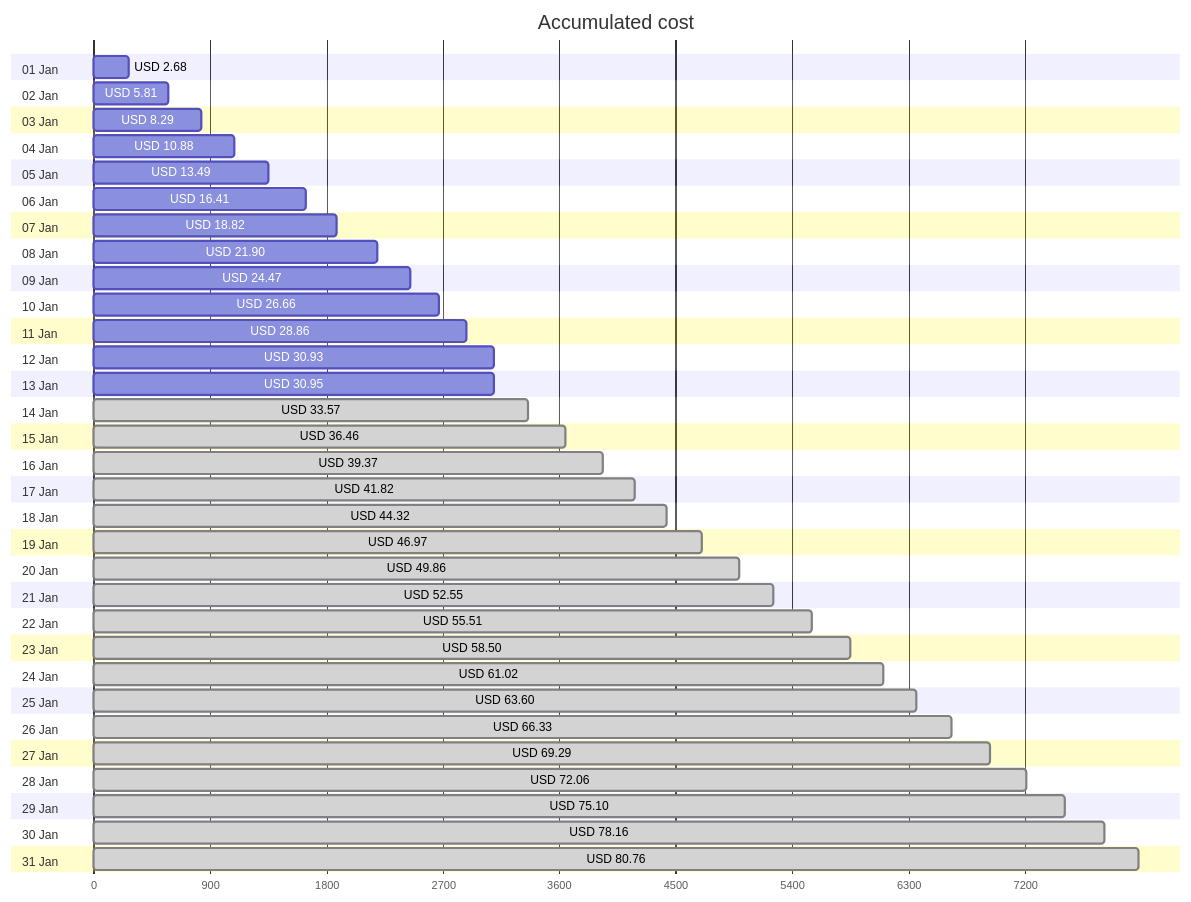
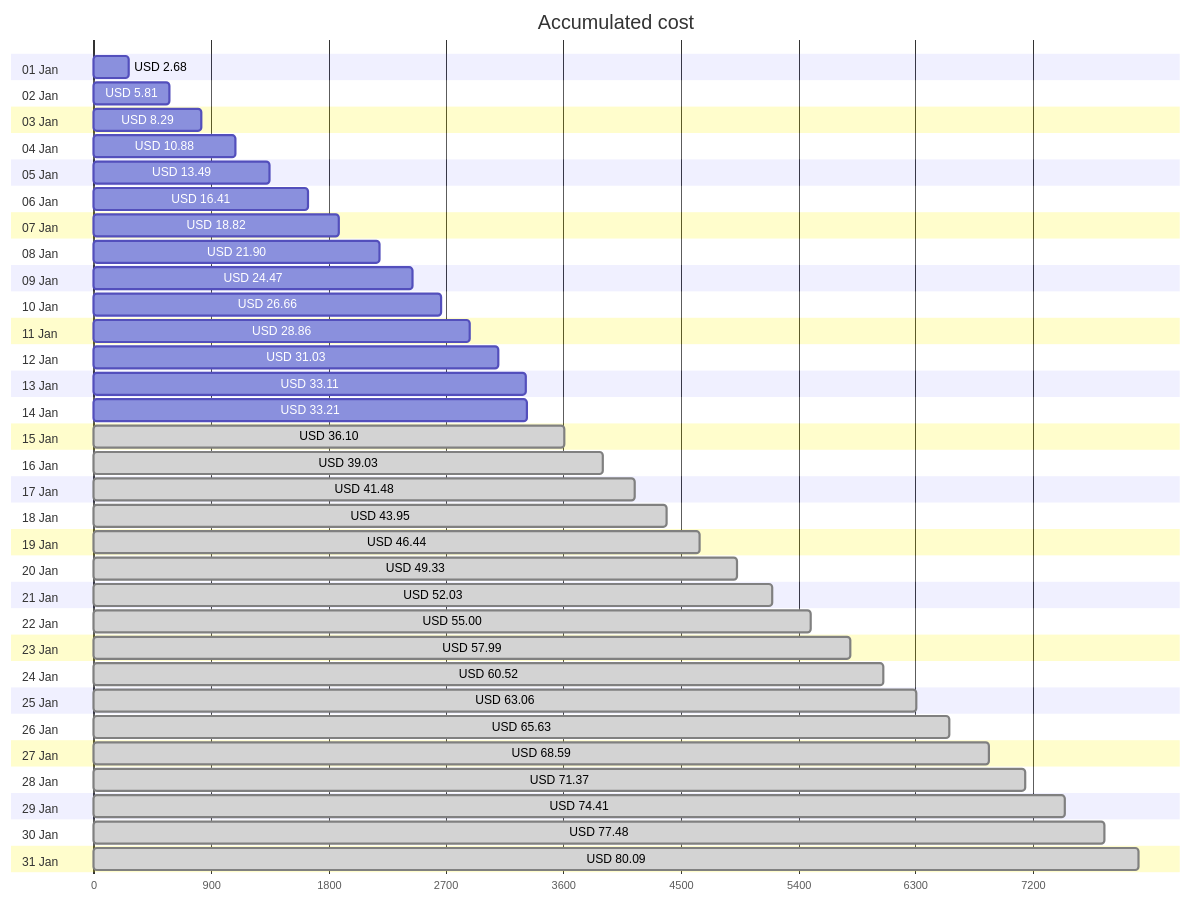
Before and after one commit to jpfulton/azure-personal-reports: the first of 4 diagrams in cost-reports/accumulated-cost.md, drawn with Mermaid. The commit also changed other lines of this file and 4 other files, not shown here.

````diff
--- a/cost-reports/accumulated-cost.md
+++ b/cost-reports/accumulated-cost.md
@@ -20,68 +20,68 @@
 ```mermaid
 gantt
    title Accumulated cost
    dateFormat  X
    axisFormat %s
    section 01 Jan
    USD 2.68 :0, 268
    section 02 Jan
    USD 5.81 :0, 581
    section 03 Jan
    USD 8.29 :0, 829
    section 04 Jan
    USD 10.88 :0, 1088
    section 05 Jan
    USD 13.49 :0, 1349
    section 06 Jan
    USD 16.41 :0, 1641
    section 07 Jan
    USD 18.82 :0, 1882
    section 08 Jan
    USD 21.90 :0, 2190
    section 09 Jan
    USD 24.47 :0, 2447
    section 10 Jan
    USD 26.66 :0, 2666
    section 11 Jan
    USD 28.86 :0, 2886
    section 12 Jan
-   USD 30.93 :0, 3093
+   USD 31.03 :0, 3103
    section 13 Jan
-   USD 30.95 :0, 3095
+   USD 33.11 :0, 3311
    section 14 Jan
-   USD 33.57 : done, 0, 3357
+   USD 33.21 :0, 3321
    section 15 Jan
-   USD 36.46 : done, 0, 3646
+   USD 36.10 : done, 0, 3610
    section 16 Jan
-   USD 39.37 : done, 0, 3937
+   USD 39.03 : done, 0, 3903
    section 17 Jan
-   USD 41.82 : done, 0, 4182
+   USD 41.48 : done, 0, 4148
    section 18 Jan
-   USD 44.32 : done, 0, 4432
+   USD 43.95 : done, 0, 4395
    section 19 Jan
-   USD 46.97 : done, 0, 4697
+   USD 46.44 : done, 0, 4644
    section 20 Jan
-   USD 49.86 : done, 0, 4986
+   USD 49.33 : done, 0, 4933
    section 21 Jan
-   USD 52.55 : done, 0, 5255
+   USD 52.03 : done, 0, 5203
    section 22 Jan
-   USD 55.51 : done, 0, 5551
+   USD 55.00 : done, 0, 5500
    section 23 Jan
-   USD 58.50 : done, 0, 5850
+   USD 57.99 : done, 0, 5799
    section 24 Jan
-   USD 61.02 : done, 0, 6102
+   USD 60.52 : done, 0, 6052
    section 25 Jan
-   USD 63.60 : done, 0, 6360
+   USD 63.06 : done, 0, 6306
    section 26 Jan
-   USD 66.33 : done, 0, 6633
+   USD 65.63 : done, 0, 6563
    section 27 Jan
-   USD 69.29 : done, 0, 6929
+   USD 68.59 : done, 0, 6859
    section 28 Jan
-   USD 72.06 : done, 0, 7206
+   USD 71.37 : done, 0, 7137
    section 29 Jan
-   USD 75.10 : done, 0, 7510
+   USD 74.41 : done, 0, 7441
    section 30 Jan
-   USD 78.16 : done, 0, 7816
+   USD 77.48 : done, 0, 7748
    section 31 Jan
-   USD 80.76 : done, 0, 8076
+   USD 80.09 : done, 0, 8009
 ```
````
